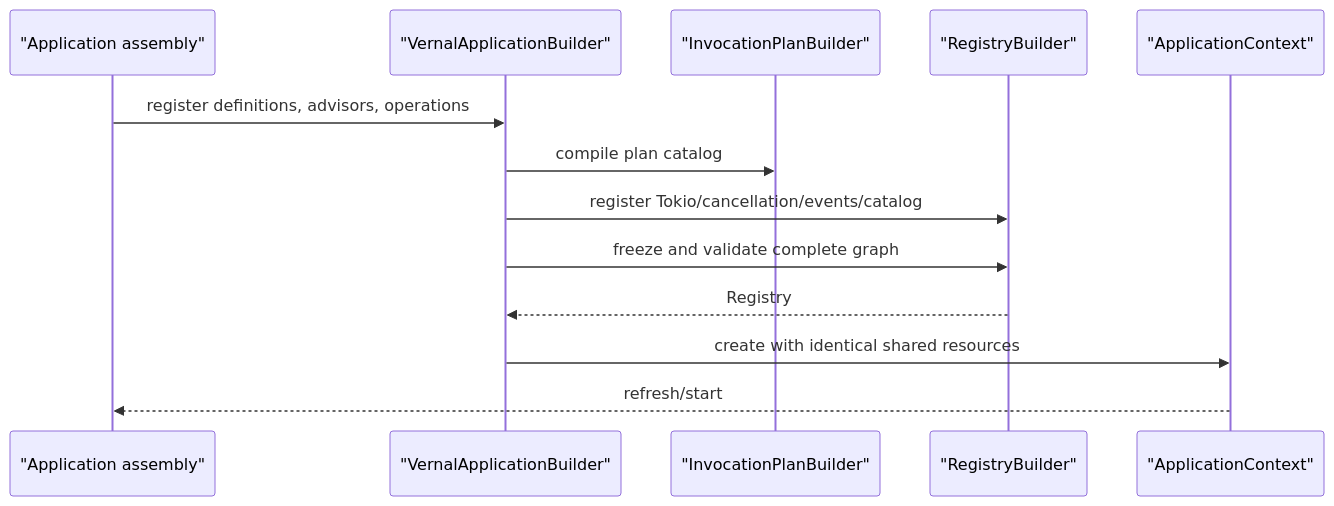
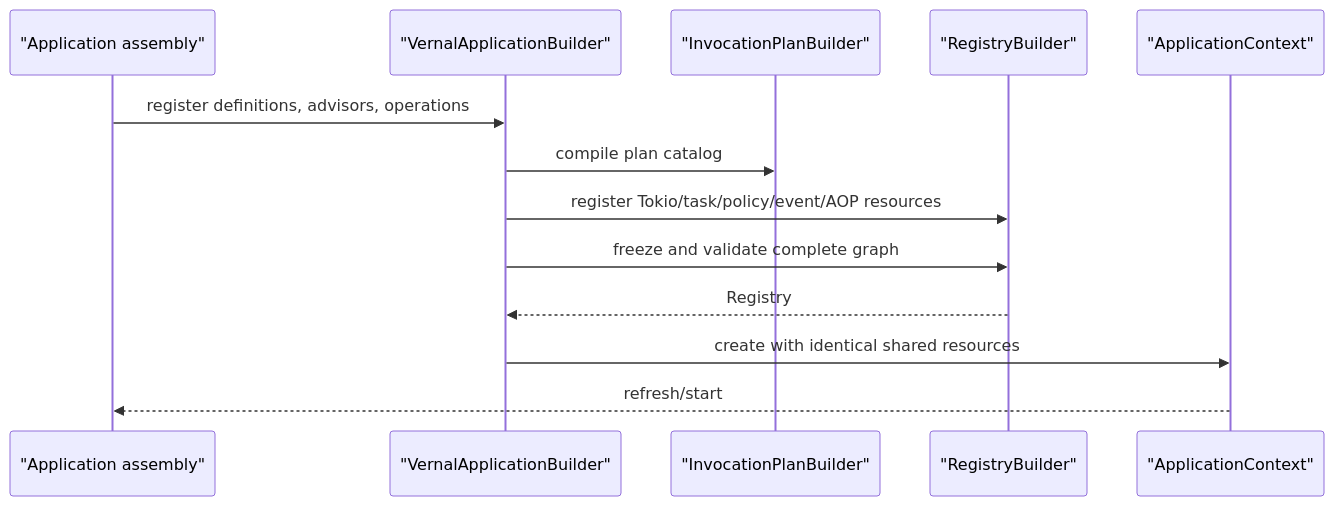
One commit to easy-4-rust/vernal changed the ninth of 14 diagrams in docs/Vernal-Architecture.md. Above: the diagram before and after it, drawn with Mermaid. The commit also changed other lines of this file and 17 other files, not shown here.

````diff
--- a/docs/Vernal-Architecture.md
+++ b/docs/Vernal-Architecture.md
@@ -604,16 +615,16 @@
 ```mermaid
 sequenceDiagram
     participant App as "Application assembly"
     participant Builder as "VernalApplicationBuilder"
     participant AOP as "InvocationPlanBuilder"
     participant Graph as "RegistryBuilder"
     participant Context as "ApplicationContext"
 
     App->>Builder: register definitions, advisors, operations
     Builder->>AOP: compile plan catalog
-    Builder->>Graph: register Tokio/cancellation/events/catalog
+    Builder->>Graph: register Tokio/task/policy/event/AOP resources
     Builder->>Graph: freeze and validate complete graph
     Graph-->>Builder: Registry
     Builder->>Context: create with identical shared resources
     Context-->>App: refresh/start
 ```
````
